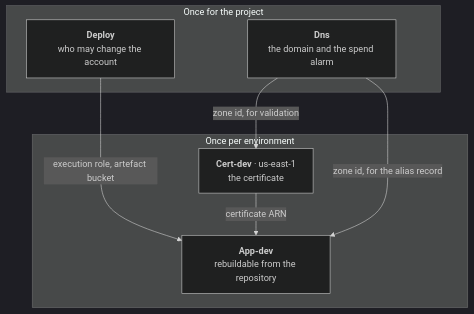
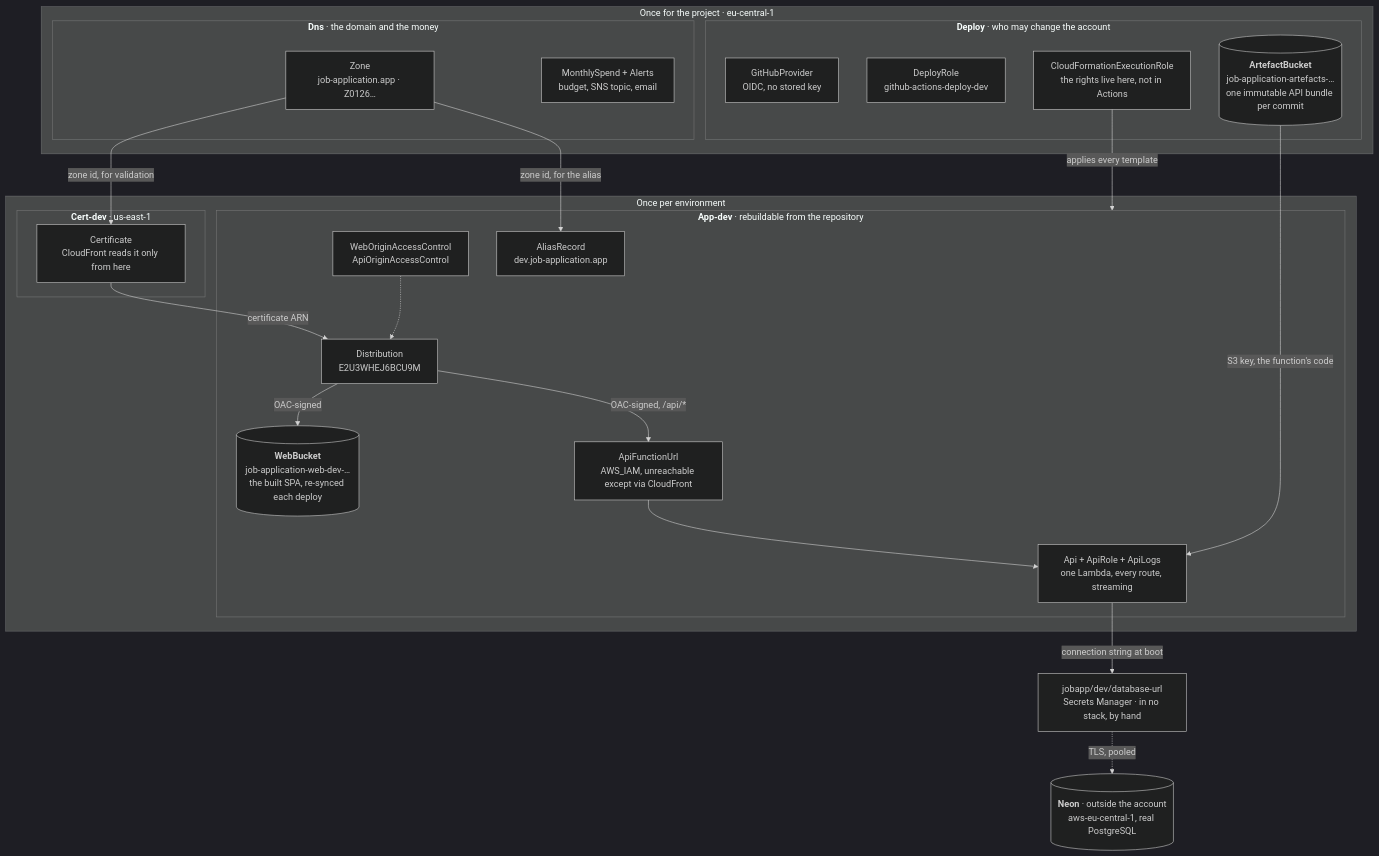
One commit to Ovich/job-application-ai changed the first of 5 diagrams in infra/architecture.md. Above: the diagram before and after it, drawn with Mermaid (dark theme). The commit also changed other lines of this file and 1 other file, not shown here.

````diff
--- a/infra/architecture.md
+++ b/infra/architecture.md
@@ -72,15 +82,41 @@
 ```mermaid
 flowchart TB
-  subgraph project["Once for the project"]
-    Deploy["<b>Deploy</b><br/>who may change the account"]
-    Dns["<b>Dns</b><br/>the domain and the spend alarm"]
+  subgraph project["Once for the project · eu-central-1"]
+    subgraph DeployS["<b>Deploy</b> · who may change the account"]
+      OIDC["GitHubProvider<br/>OIDC, no stored key"]
+      DRole["DeployRole<br/>github-actions-deploy-dev"]
+      XRole["CloudFormationExecutionRole<br/>the rights live here, not in Actions"]
+      ABkt[("<b>ArtefactBucket</b><br/>job-application-artefacts-…<br/>one immutable API bundle per commit")]
+    end
+    subgraph DnsS["<b>Dns</b> · the domain and the money"]
+      Zone["Zone<br/>job-application.app · Z0126…"]
+      Budget["MonthlySpend + Alerts<br/>budget, SNS topic, email"]
+    end
   end
   subgraph env["Once per environment"]
-    Cert["<b>Cert-dev</b> · us-east-1<br/>the certificate"]
-    App["<b>App-dev</b><br/>rebuildable from the repository"]
+    subgraph CertS["<b>Cert-dev</b> · us-east-1"]
+      Cert["Certificate<br/>CloudFront reads it only from here"]
+    end
+    subgraph AppS["<b>App-dev</b> · rebuildable from the repository"]
+      Fn["Api + ApiRole + ApiLogs<br/>one Lambda, every route, streaming"]
+      FnUrl["ApiFunctionUrl<br/>AWS_IAM, unreachable except via CloudFront"]
+      WBkt[("<b>WebBucket</b><br/>job-application-web-dev-…<br/>the built SPA, re-synced each deploy")]
+      Dist["Distribution<br/>E2U3WHEJ6BCU9M"]
+      OACs["WebOriginAccessControl<br/>ApiOriginAccessControl"]
+      Alias["AliasRecord<br/>dev.job-application.app"]
+    end
   end
-  Dns -->|"zone id, for validation"| Cert
-  Cert -->|"certificate ARN"| App
-  Deploy -->|"execution role, artefact bucket"| App
-  Dns -->|"zone id, for the alias record"| App
+  Neon[("<b>Neon</b> · outside the account<br/>aws-eu-central-1, real PostgreSQL")]
+  Secret["jobapp/dev/database-url<br/>Secrets Manager · in no stack, by hand"]
+  Zone -->|"zone id, for validation"| Cert
+  Cert -->|"certificate ARN"| Dist
+  XRole -->|"applies every template"| AppS
+  ABkt -->|"S3 key, the function's code"| Fn
+  Zone -->|"zone id, for the alias"| Alias
+  Dist -->|"OAC-signed"| WBkt
+  Dist -->|"OAC-signed, /api/*"| FnUrl
+  FnUrl --> Fn
+  Fn -->|"connection string at boot"| Secret
+  Secret -.->|"TLS, pooled"| Neon
+  OACs -.-> Dist
 ```
````
